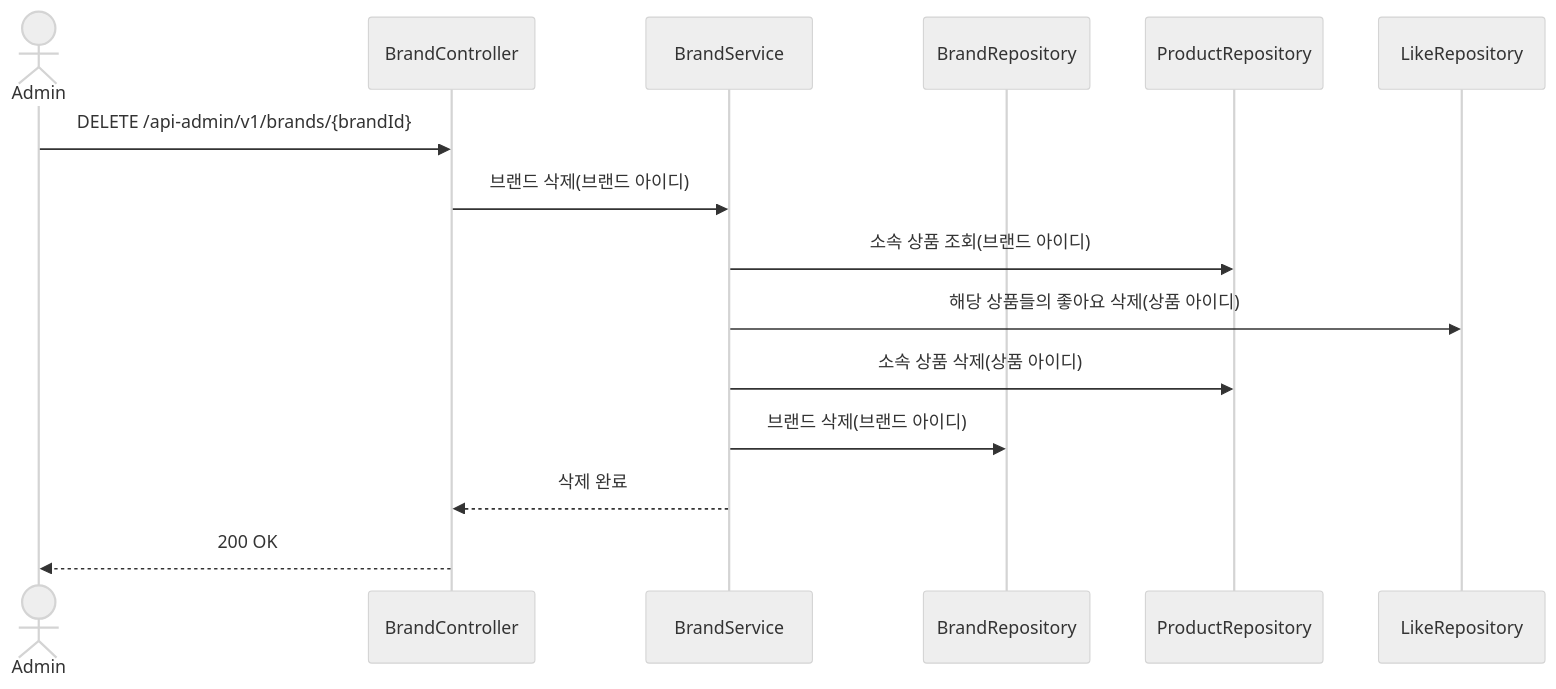
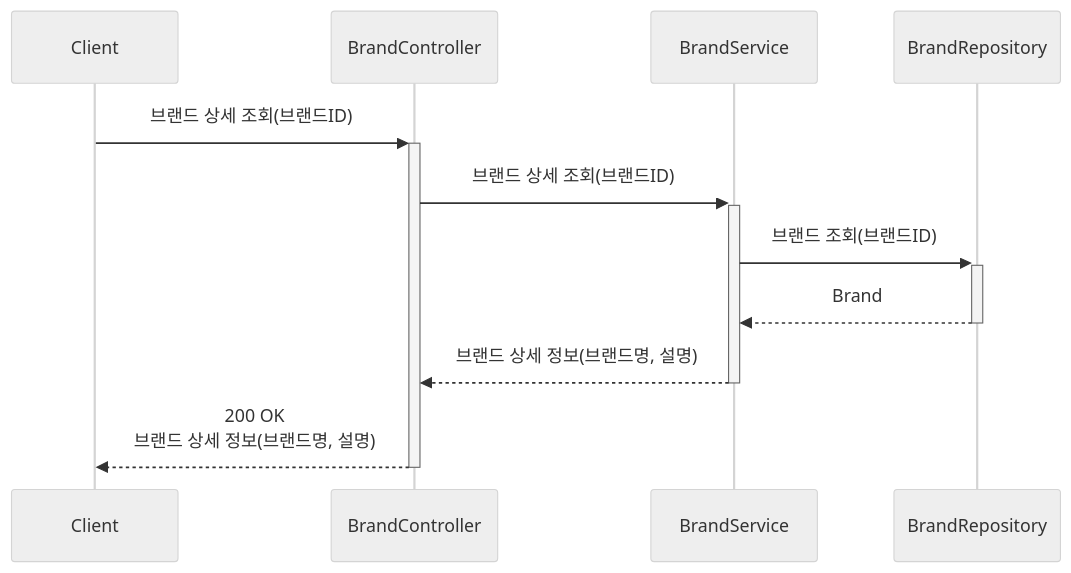
Before and after one commit to seonminKim1122/loop-pack-be-l2-vol3-java: the seventh of 9 diagrams in .docs/design/02-sequence-diagrams.md, drawn with Mermaid (neutral theme). The commit also changed other lines of this file and 3 other files, not shown here.

Commit message:
docs: 요구사항정의서, 시퀀스다이어그램, 클래스다이어그램, ERD 수정

````diff
--- a/.docs/design/02-sequence-diagrams.md
+++ b/.docs/design/02-sequence-diagrams.md
@@ -104,20 +142,14 @@
 ```mermaid
 sequenceDiagram
-    actor Admin
-    participant Controller as BrandController
-    participant Service as BrandService
-    participant BrandRepo as BrandRepository
-    participant ProductRepo as ProductRepository
-    participant LikeRepo as LikeRepository
-
-    Admin->>Controller: DELETE /api-admin/v1/brands/{brandId}
-    Controller->>Service: 브랜드 삭제(브랜드 아이디)
-
-    Service->>ProductRepo: 소속 상품 조회(브랜드 아이디)
-    Service->>LikeRepo: 해당 상품들의 좋아요 삭제(상품 아이디)
-    Service->>ProductRepo: 소속 상품 삭제(상품 아이디)
-    Service->>BrandRepo: 브랜드 삭제(브랜드 아이디)
-
-    Service-->>Controller: 삭제 완료
-    Controller-->>Admin: 200 OK
+    participant Client
+    participant BrandController
+    participant BrandService
+    participant BrandRepository
+    
+    Client ->>+ BrandController: 브랜드 상세 조회(브랜드ID)
+    BrandController ->>+ BrandService: 브랜드 상세 조회(브랜드ID)
+    BrandService ->>+ BrandRepository: 브랜드 조회(브랜드ID)
+    BrandRepository -->>- BrandService: Brand
+    BrandService -->>- BrandController: 브랜드 상세 정보(브랜드명, 설명)
+    BrandController -->>- Client: 200 OK<br> 브랜드 상세 정보(브랜드명, 설명)
 ```
````
